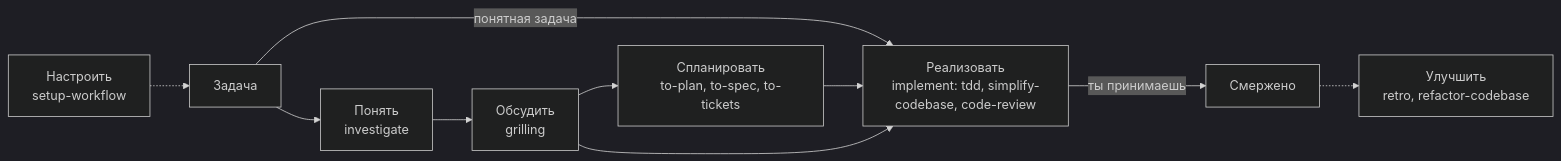
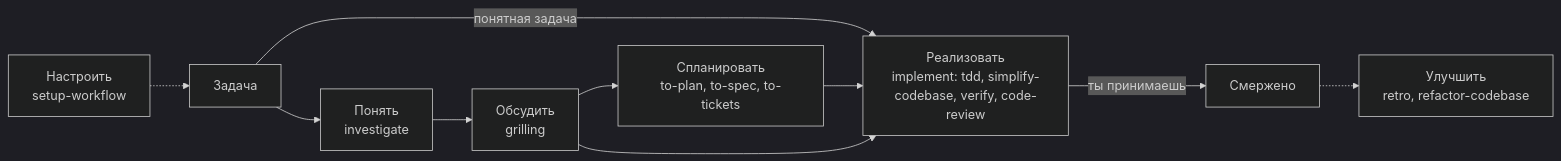
Before and after one commit to FOZERY/agent-workflow: the diagram in docs/README.ru.md, drawn with Mermaid (dark theme). The commit also changed other lines of this file and 15 other files, not shown here.

````diff
--- a/docs/README.ru.md
+++ b/docs/README.ru.md
@@ -28,12 +28,12 @@
 ```mermaid
 flowchart LR
     Setup["Настроить<br/>setup-workflow"] -.-> Task[Задача]
     Task --> Understand["Понять<br/>investigate"]
     Understand --> Discuss["Обсудить<br/>grilling"]
     Task -->|понятная задача| Build
     Discuss --> Plan["Спланировать<br/>to-plan, to-spec, to-tickets"]
-    Plan --> Build["Реализовать<br/>implement: tdd, simplify-codebase, code-review"]
+    Plan --> Build["Реализовать<br/>implement: tdd, simplify-codebase, verify, code-review"]
     Discuss --> Build
     Build -->|ты принимаешь| Done[Смержено]
     Done -.-> Improve["Улучшить<br/>retro, refactor-codebase"]
 ```
````
